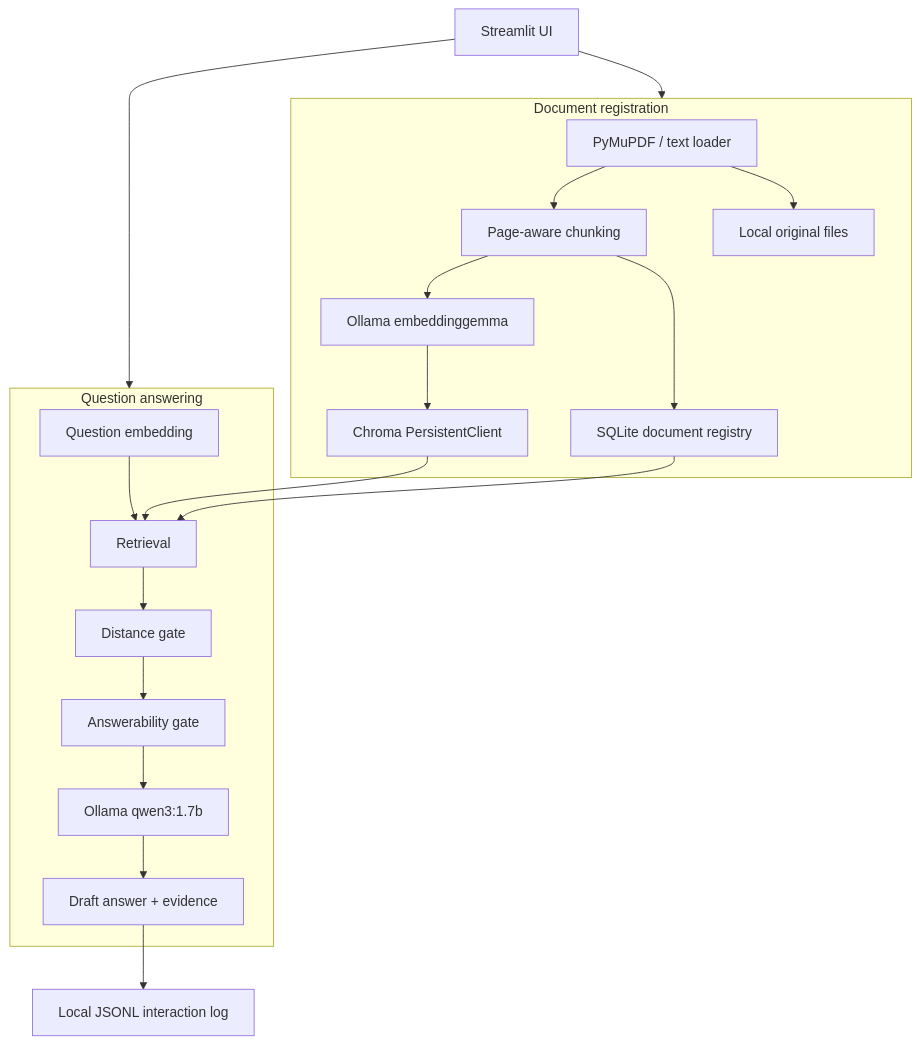
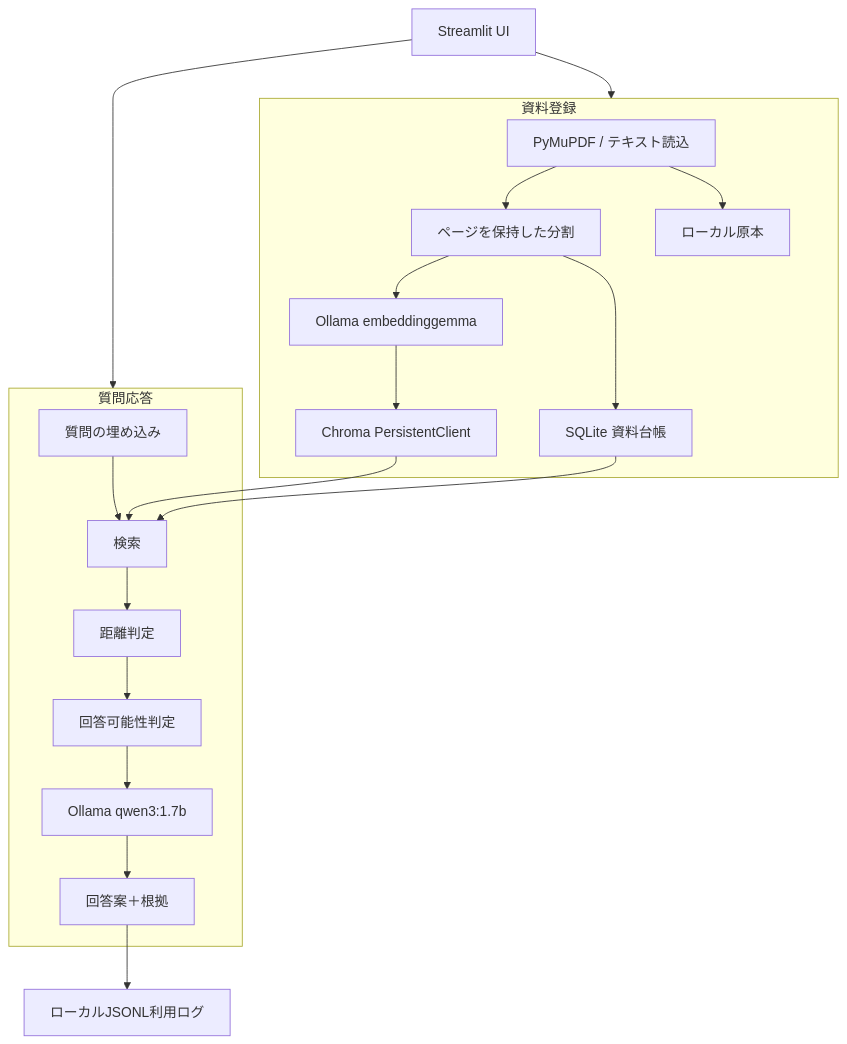
Before and after one commit to yutoo77/museum-evidence-assistant: the second of 2 diagrams in README.md, drawn with Mermaid. The commit also changed other lines of this file and 6 other files, not shown here.

````diff
--- a/README.md
+++ b/README.md
@@ -63,26 +63,26 @@
 ```mermaid
 flowchart TB
     UI["Streamlit UI"]
 
-    subgraph Registration["Document registration"]
-        DL["PyMuPDF / text loader"] --> CH["Page-aware chunking"]
+    subgraph Registration["資料登録"]
+        DL["PyMuPDF / テキスト読込"] --> CH["ページを保持した分割"]
         CH --> EM["Ollama embeddinggemma"]
         EM --> VS["Chroma PersistentClient"]
-        CH --> DB["SQLite document registry"]
-        DL --> FS["Local original files"]
+        CH --> DB["SQLite 資料台帳"]
+        DL --> FS["ローカル原本"]
     end
 
-    subgraph QA["Question answering"]
-        QE["Question embedding"] --> RET["Retrieval"]
-        RET --> DG["Distance gate"]
-        DG --> AG["Answerability gate"]
+    subgraph QA["質問応答"]
+        QE["質問の埋め込み"] --> RET["検索"]
+        RET --> DG["距離判定"]
+        DG --> AG["回答可能性判定"]
         AG --> GEN["Ollama qwen3:1.7b"]
-        GEN --> RES["Draft answer + evidence"]
+        GEN --> RES["回答案＋根拠"]
     end
 
     UI --> Registration
     UI --> QA
     VS --> RET
     DB --> RET
-    RES --> LOG["Local JSONL interaction log"]
+    RES --> LOG["ローカルJSONL利用ログ"]
 ```
````
